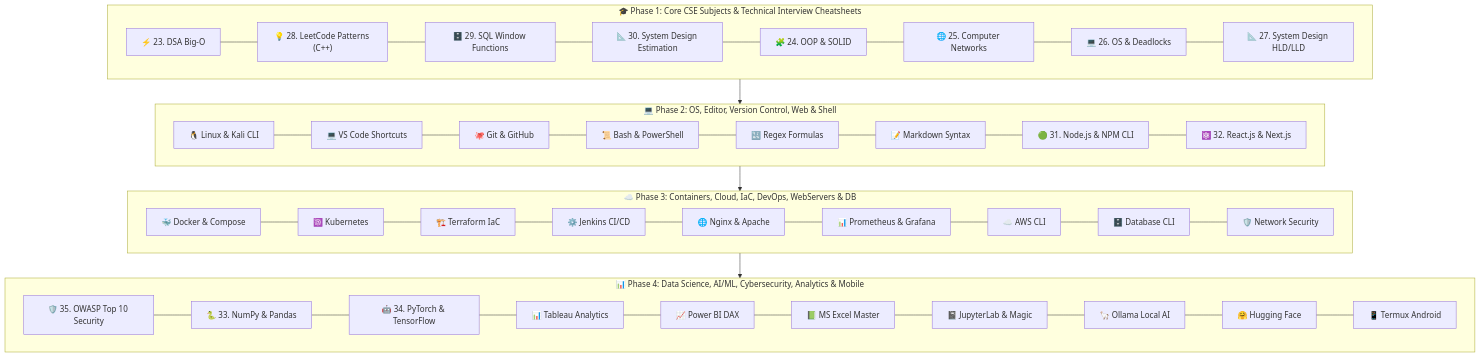
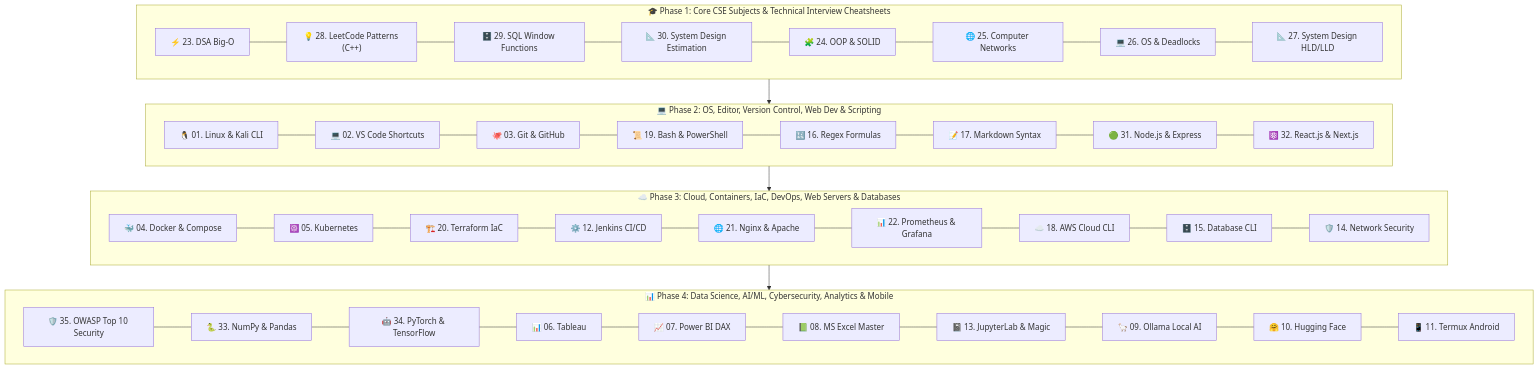
Before and after one commit to techindro/Penetration-testing-toolkit: the diagram in README.md, drawn with Mermaid. The commit also changed other lines of this file, not shown here.

Commit message:
docs: update Ecosystem Architecture Mermaid flowchart to include all 35 modules across 4 phases

````diff
--- a/README.md
+++ b/README.md
@@ -35,20 +35,20 @@
 ```mermaid
 graph TD
     subgraph Phase1["🎓 Phase 1: Core CSE Subjects & Technical Interview Cheatsheets"]
         A1["⚡ 23. DSA Big-O"] --- A2["💡 28. LeetCode Patterns (C++)"] --- A3["🗄️ 29. SQL Window Functions"] --- A4["📐 30. System Design Estimation"] --- A5["🧩 24. OOP & SOLID"] --- A6["🌐 25. Computer Networks"] --- A7["💻 26. OS & Deadlocks"] --- A8["📐 27. System Design HLD/LLD"]
     end
 
-    subgraph Phase2["💻 Phase 2: OS, Editor, Version Control, Web & Shell"]
-        B1["🐧 Linux & Kali CLI"] --- B2["💻 VS Code Shortcuts"] --- B3["🐙 Git & GitHub"] --- B4["📜 Bash & PowerShell"] --- B5["🔣 Regex Formulas"] --- B6["📝 Markdown Syntax"] --- B7["🟢 31. Node.js & NPM CLI"] --- B8["⚛️ 32. React.js & Next.js"]
+    subgraph Phase2["💻 Phase 2: OS, Editor, Version Control, Web Dev & Scripting"]
+        B1["🐧 01. Linux & Kali CLI"] --- B2["💻 02. VS Code Shortcuts"] --- B3["🐙 03. Git & GitHub"] --- B4["📜 19. Bash & PowerShell"] --- B5["🔣 16. Regex Formulas"] --- B6["📝 17. Markdown Syntax"] --- B7["🟢 31. Node.js & Express"] --- B8["⚛️ 32. React.js & Next.js"]
     end
 
-    subgraph Phase3["☁️ Phase 3: Containers, Cloud, IaC, DevOps, WebServers & DB"]
-        C1["🐳 Docker & Compose"] --- C2["☸️ Kubernetes"] --- C3["🏗️ Terraform IaC"] --- C4["⚙️ Jenkins CI/CD"] --- C5["🌐 Nginx & Apache"] --- C6["📊 Prometheus & Grafana"] --- C7["☁️ AWS CLI"] --- C8["🗄️ Database CLI"] --- C9["🛡️ Network Security"]
+    subgraph Phase3["☁️ Phase 3: Cloud, Containers, IaC, DevOps, Web Servers & Databases"]
+        C1["🐳 04. Docker & Compose"] --- C2["☸️ 05. Kubernetes"] --- C3["🏗️ 20. Terraform IaC"] --- C4["⚙️ 12. Jenkins CI/CD"] --- C5["🌐 21. Nginx & Apache"] --- C6["📊 22. Prometheus & Grafana"] --- C7["☁️ 18. AWS Cloud CLI"] --- C8["🗄️ 15. Database CLI"] --- C9["🛡️ 14. Network Security"]
     end
 
     subgraph Phase4["📊 Phase 4: Data Science, AI/ML, Cybersecurity, Analytics & Mobile"]
-        D1["🛡️ 35. OWASP Top 10 Security"] --- D2["🐍 33. NumPy & Pandas"] --- D3["🤖 34. PyTorch & TensorFlow"] --- D4["📊 Tableau Analytics"] --- D5["📈 Power BI DAX"] --- D6["📗 MS Excel Master"] --- D7["📓 JupyterLab & Magic"] --- D8["🦙 Ollama Local AI"] --- D9["🤗 Hugging Face"] --- D10["📱 Termux Android"]
+        D1["🛡️ 35. OWASP Top 10 Security"] --- D2["🐍 33. NumPy & Pandas"] --- D3["🤖 34. PyTorch & TensorFlow"] --- D4["📊 06. Tableau"] --- D5["📈 07. Power BI DAX"] --- D6["📗 08. MS Excel Master"] --- D7["📓 13. JupyterLab & Magic"] --- D8["🦙 09. Ollama Local AI"] --- D9["🤗 10. Hugging Face"] --- D10["📱 11. Termux Android"]
     end
 
     Phase1 --> Phase2 --> Phase3 --> Phase4
 ```
````
